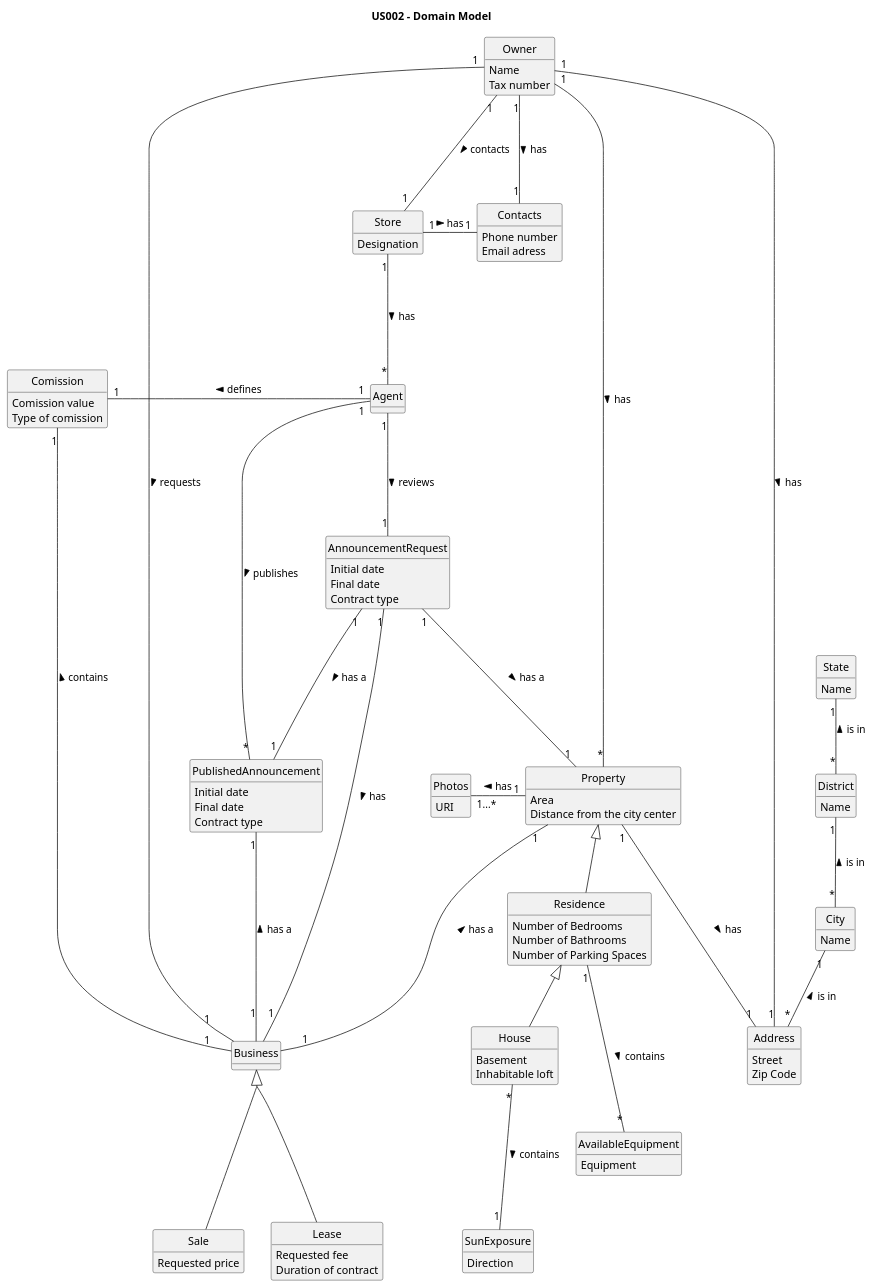
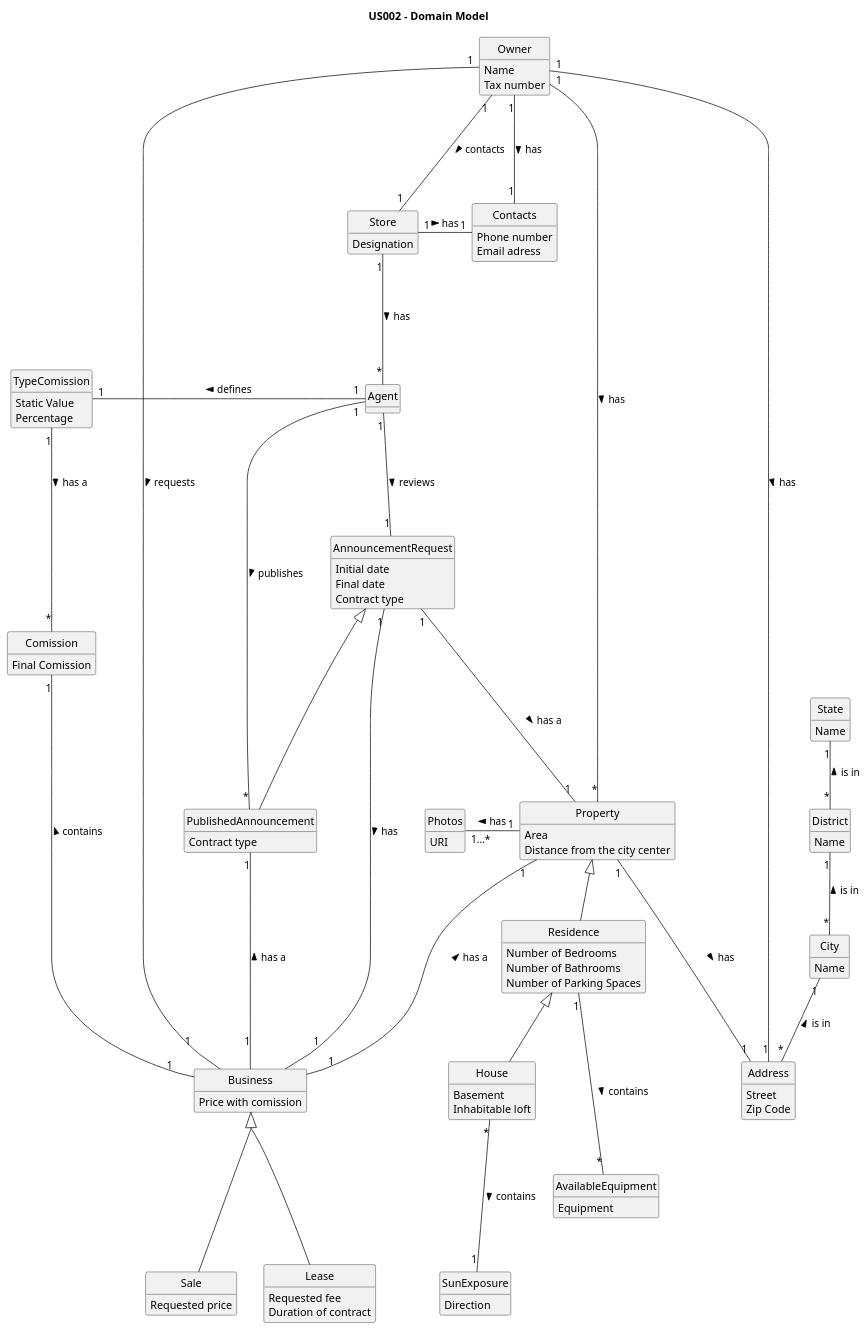
The diagram in docs/sprintB/US02/02.analysis/puml/us02-domain-model.puml (PureNimble/ISEP-LAPR2), drawn with PlantUML before and after one commit. The commit also changed 10 other files, not shown here.

First line of the commit message:
small error resolution of domain module and system sequence diagram

```diff
--- a/docs/sprintB/US02/02.analysis/puml/us02-domain-model.puml
+++ b/docs/sprintB/US02/02.analysis/puml/us02-domain-model.puml
@@ -1,139 +1,143 @@
 @startuml
 
 skinparam groupInheritance 2
 skinparam monochrome true
 skinparam packageStyle rectangle
 skinparam shadowing false
 'skinparam linetype ortho
 'left to right direction
 skinparam classAttributeIconSize 0
 hide circle
 hide methods
 
 title US002 - Domain Model
 
 class Address{
 Street
 Zip Code
 }
 
 class City{
 Name
 }
 
 class District{
 Name
 }
 
 class State{
 Name
 }
 
 
 State "1"-- "*" District: is in <
 District "1"-- "*" City: is in <
 City "1"-- "*" Address: is in <
 
 
 class Contacts {
 Phone number
 Email adress
 }
 
 class Business {
+Price with comission
 }
 
 class Store {
 Designation
 }
 
 class Owner {
 Name
 Tax number
 }
 
 Owner "1" -down-- "1" Contacts: has >
 Store "1" -right-- "1" Contacts: has >
 Address "1" -left-- "1" Owner: has <
 Owner "1" -down-- "1" Store: contacts >
 Agent "*" -up-- "1" Store: has <
 
 
 class Residence {
 Number of Bedrooms
 Number of Bathrooms
 Number of Parking Spaces
  }
 
 class Property {
 Area
 Distance from the city center
 }
 
 class Photos{
 URI
 }
 
 class House {
 Basement
 Inhabitable loft
 }
 
 class SunExposure {
 Direction
 }
 
 class AvailableEquipment {
 Equipment
 }
 
 Residence <|-down- House
 Property <|-down- Residence
 Property "1" -left-- "1...*" Photos: has >
 SunExposure "1" -up-- "*" House: contains <
 Address "1" -up-- "1" Property: has <
 Owner "1" -down-- "*" Property: has >
 AvailableEquipment "*" -up-- "1" Residence: contains <
 
 
+
 class Comission{
-Comission value
-Type of comission
+Final Comission
 }
 
+class TypeComission {
+Static Value
+Percentage
+}
 
 class Sale{
 Requested price
 }
 
 class Lease {
 Requested fee
 Duration of contract
 }
 
 class AnnouncementRequest{
 Initial date
 Final date
 Contract type
 }
 
 class PublishedAnnouncement {
-Initial date
-Final date
 Contract type
 }
 
-Comission "1" -right-- "1" Agent: defines <
+TypeComission "1" -right-- "1" Agent: defines <
 Comission "1" --- "1" Business: contains <
+TypeComission "1" --- "*" Comission : has a >
 Owner "1" --- "1" Business: requests >
 Property "1" --- "1" Business: has a <
 AnnouncementRequest "1" --- "1" Business: has >
 Agent "1" --- "1" AnnouncementRequest : reviews >
 AnnouncementRequest "1" --- "1" Property: has a >
-AnnouncementRequest "1" --- "1" PublishedAnnouncement: has a >
+AnnouncementRequest  <|---  PublishedAnnouncement
 PublishedAnnouncement "*" --- "1" Agent: publishes <
 PublishedAnnouncement "1" --- "1" Business: has a <
 Business <|--- Lease
 Business <|--- Sale
 
 @enduml
```
